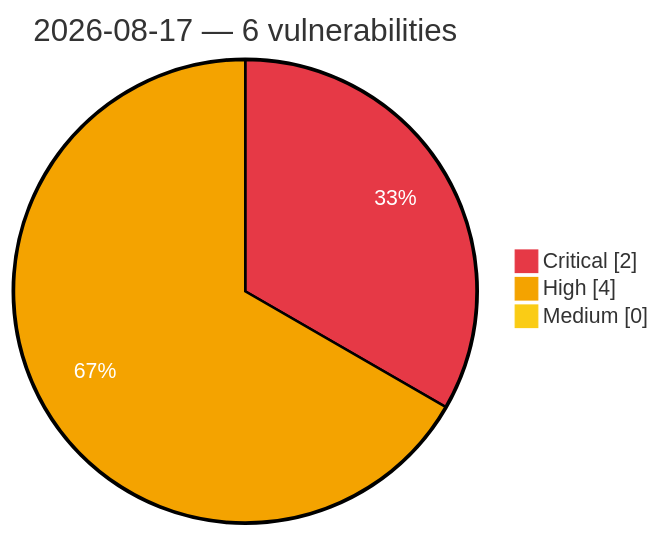
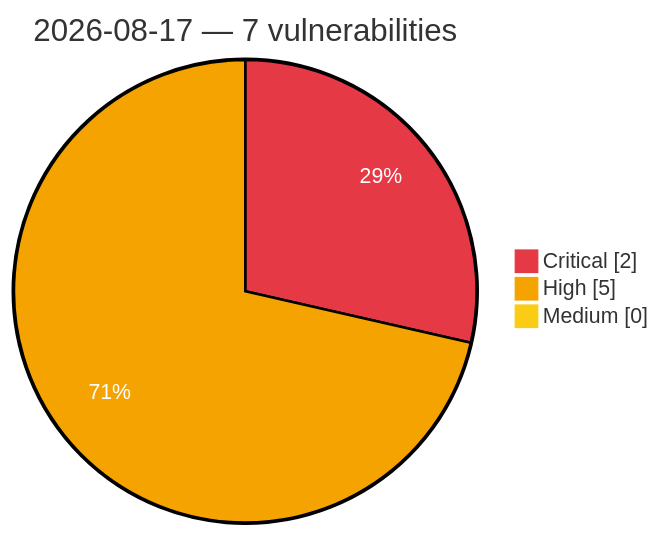
The diagram in vulnerabilities/2026/August/2026-08-17.md (GhostX0X/vuln-tracker), drawn with Mermaid before and after one commit. The commit also changed other lines of this file and 5 other files, not shown here.

````diff
--- a/vulnerabilities/2026/August/2026-08-17.md
+++ b/vulnerabilities/2026/August/2026-08-17.md
@@ -3,8 +3,8 @@
 ```mermaid
 %%{init: {'theme':'base', 'themeVariables': {'pie1':'#e63946', 'pie2':'#f4a300', 'pie3':'#facc15', 'pieOpacity':'1', 'pieOuterStrokeWidth':'2px', 'pieSectionTextColor':'#ffffff'}}}%%
 pie showData
-    title 2026-08-17 — 6 vulnerabilities
+    title 2026-08-17 — 7 vulnerabilities
     "Critical" : 2
-    "High" : 4
+    "High" : 5
     "Medium" : 0
 ```
````
